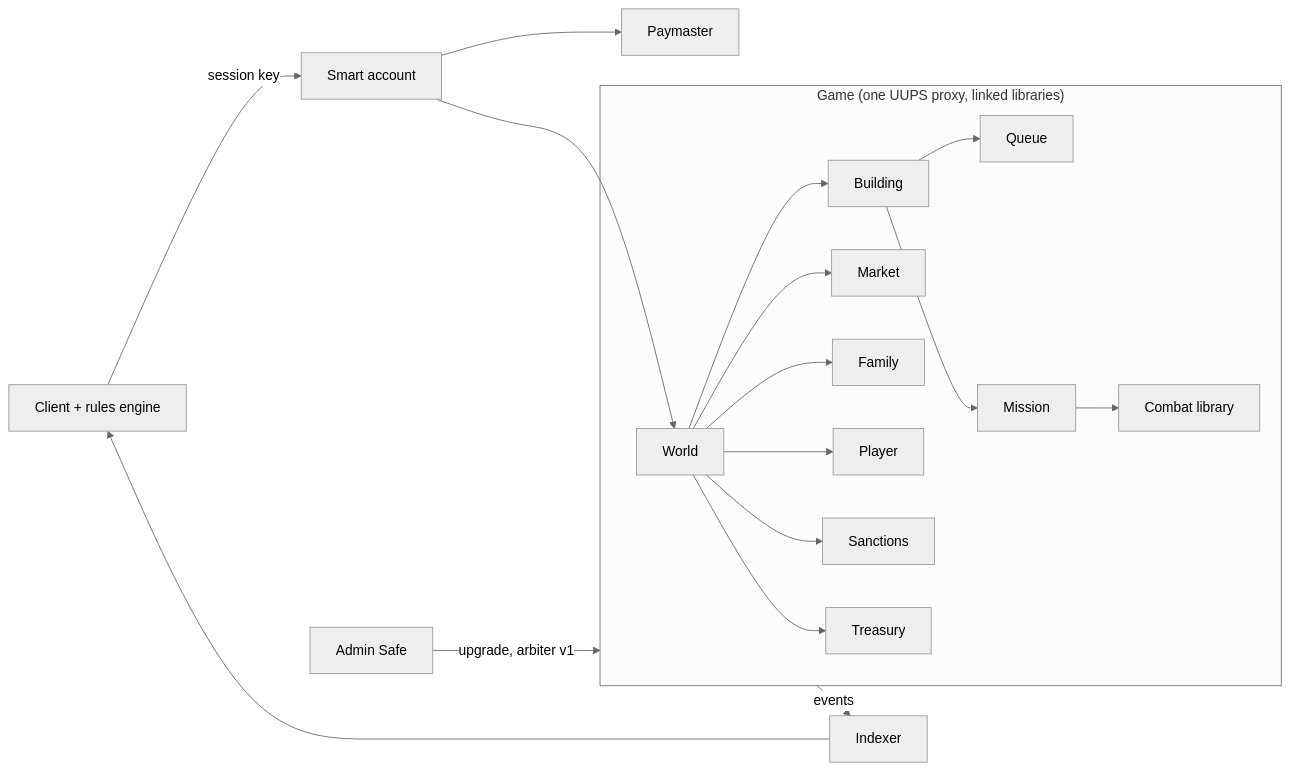
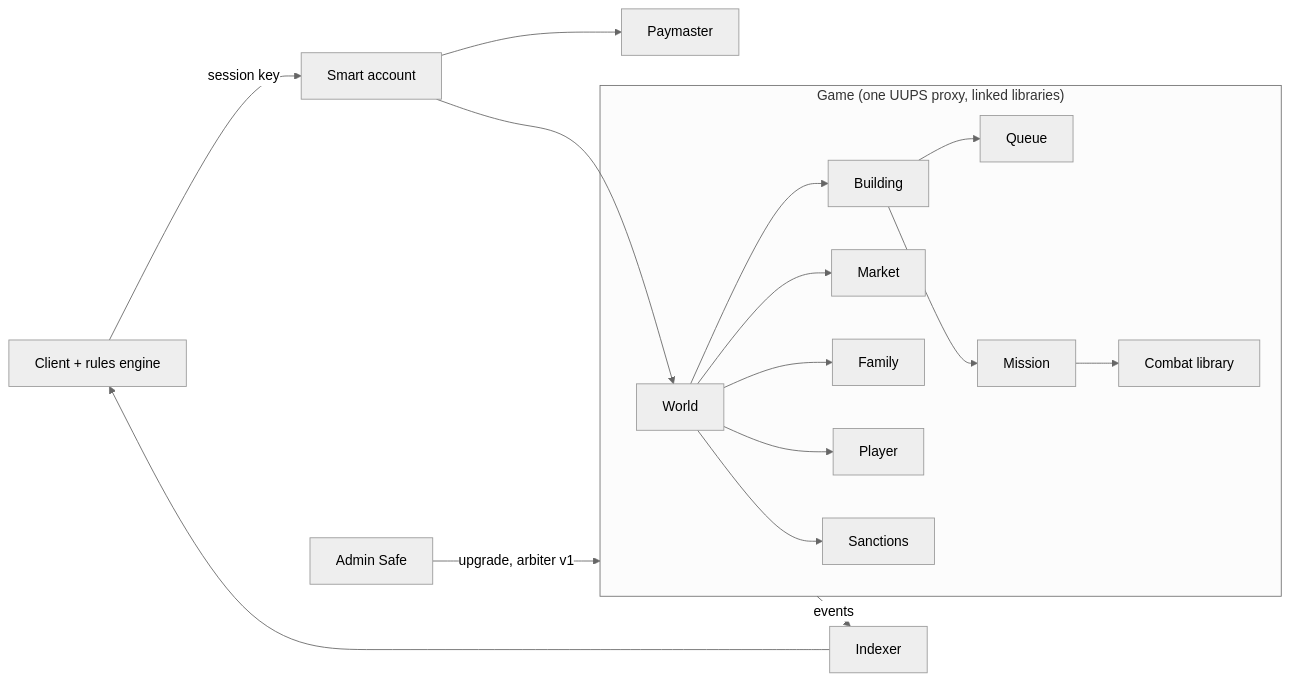
Before and after one commit to rodsouto/vendetta-plus-legacy: the diagram in docs/spec/blockchain.md, drawn with Mermaid (neutral theme). The commit also changed other lines of this file and 1 other file, not shown here.

````diff
--- a/docs/spec/blockchain.md
+++ b/docs/spec/blockchain.md
@@ -471,20 +505,19 @@
 ```mermaid
 flowchart LR
     Client[Client + rules engine] -->|session key| AA[Smart account]
     AA --> PM[Paymaster]
     AA --> World
     subgraph Contracts["Game (one UUPS proxy, linked libraries)"]
         World --> Building
         Building --> Queue
         Building --> Mission
         Mission --> Combat[Combat library]
         World --> Market
         World --> Family
         World --> Player
         World --> Sanctions
-        World --> Treasury
     end
     Contracts -->|events| Indexer
     Indexer --> Client
     Safe[Admin Safe] -->|upgrade, arbiter v1| Contracts
 ```
````
